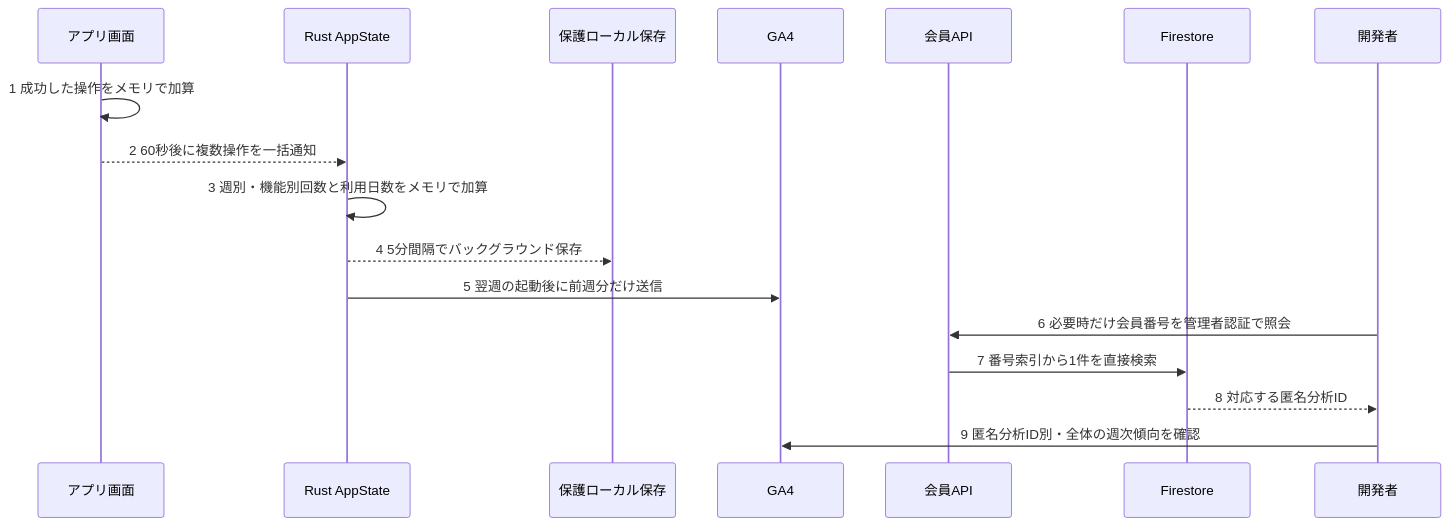
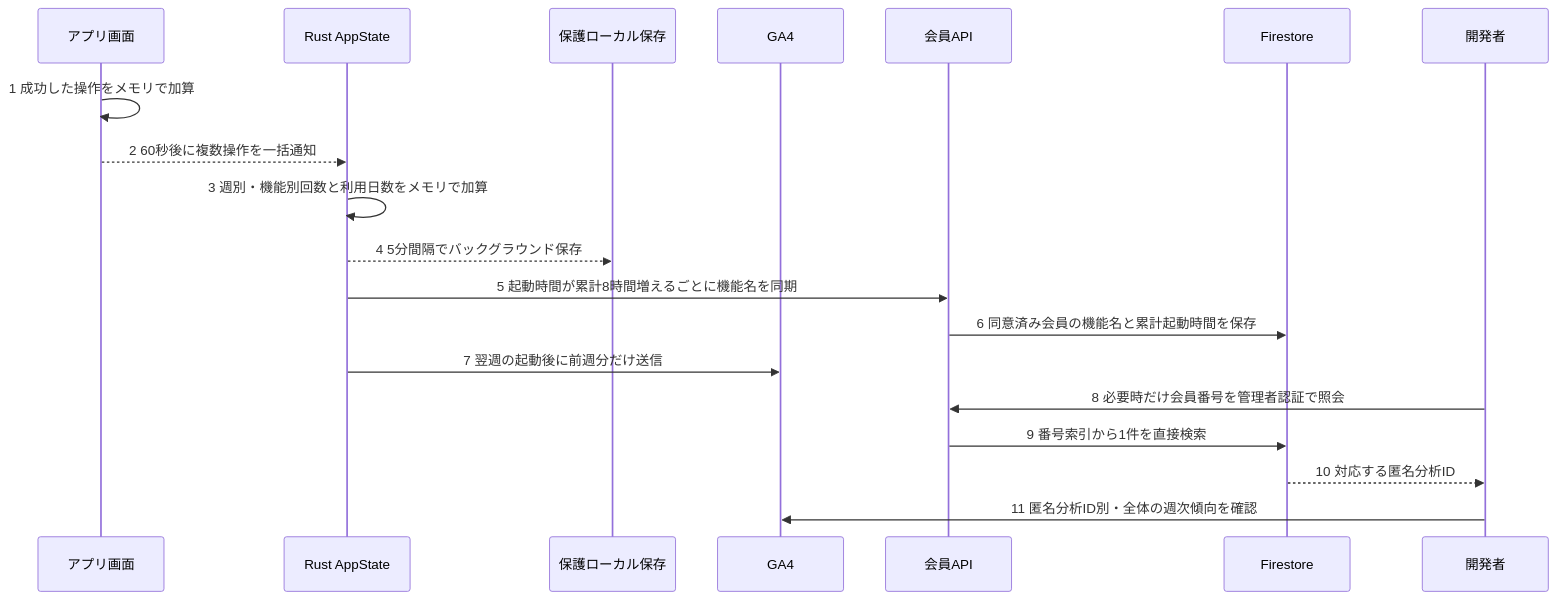
Before and after one commit to ore-no-fusen/ore-no-fusen: the second of 3 diagrams in docs-v2/009_MEMBERSHIP.md, drawn with Mermaid. The commit also changed other lines of this file and 11 other files, not shown here.

````diff
--- a/docs-v2/009_MEMBERSHIP.md
+++ b/docs-v2/009_MEMBERSHIP.md
@@ -50,19 +50,21 @@
 ```mermaid
 sequenceDiagram
     participant UI as アプリ画面
     participant Rust as Rust AppState
     participant Local as 保護ローカル保存
     participant GA as GA4
     participant API as 会員API
     participant DB as Firestore
     participant Owner as 開発者
     UI->>UI: 1 成功した操作をメモリで加算
     UI-->>Rust: 2 60秒後に複数操作を一括通知
     Rust->>Rust: 3 週別・機能別回数と利用日数をメモリで加算
     Rust-->>Local: 4 5分間隔でバックグラウンド保存
-    Rust->>GA: 5 翌週の起動後に前週分だけ送信
-    Owner->>API: 6 必要時だけ会員番号を管理者認証で照会
-    API->>DB: 7 番号索引から1件を直接検索
-    DB-->>Owner: 8 対応する匿名分析ID
-    Owner->>GA: 9 匿名分析ID別・全体の週次傾向を確認
+    Rust->>API: 5 起動時間が累計8時間増えるごとに機能名を同期
+    API->>DB: 6 同意済み会員の機能名と累計起動時間を保存
+    Rust->>GA: 7 翌週の起動後に前週分だけ送信
+    Owner->>API: 8 必要時だけ会員番号を管理者認証で照会
+    API->>DB: 9 番号索引から1件を直接検索
+    DB-->>Owner: 10 対応する匿名分析ID
+    Owner->>GA: 11 匿名分析ID別・全体の週次傾向を確認
 ```
````
